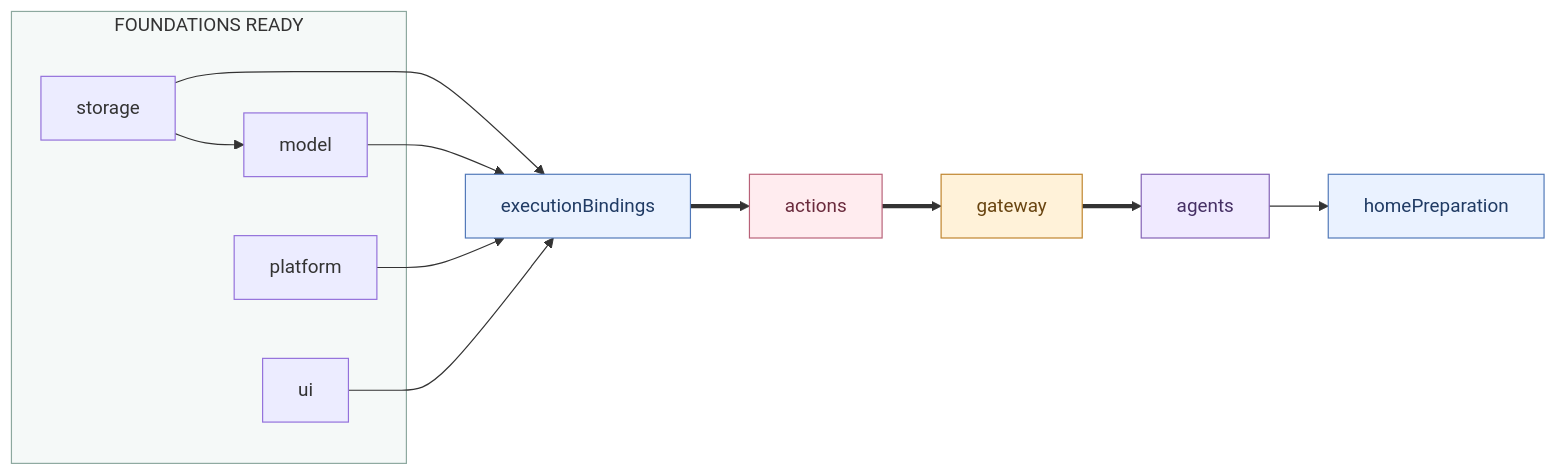
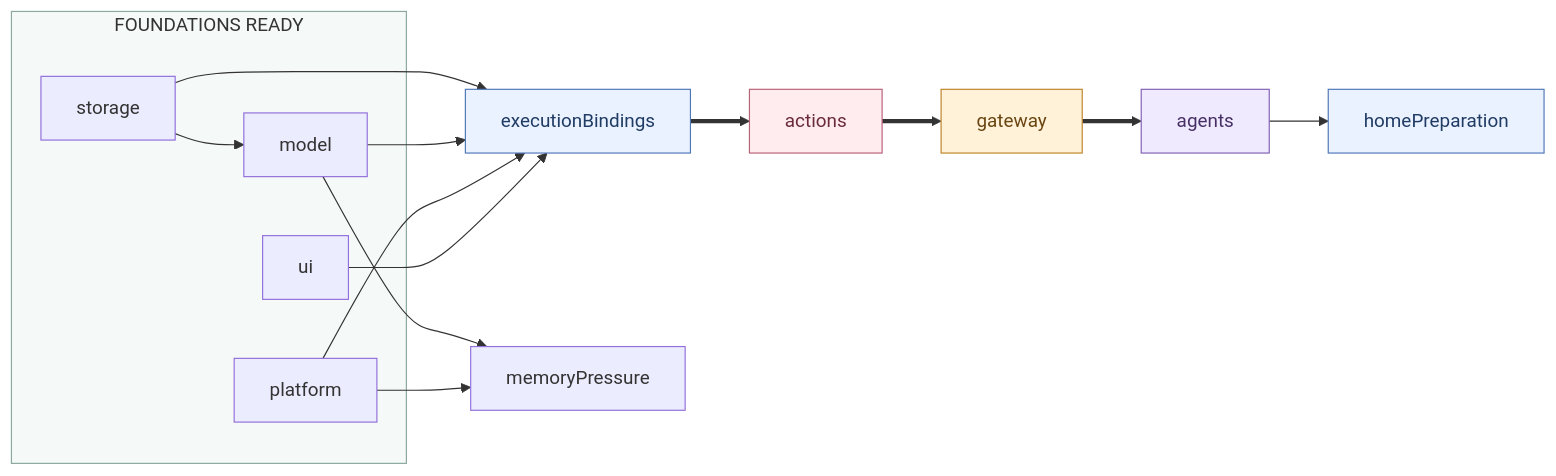
One commit to devilyouwei/MobileHarness changed the diagram in MobileHarness/App/Composition/README.md. Above: the diagram before and after it, drawn with Mermaid. The commit also changed other lines of this file and 246 other files, not shown here.

````diff
--- a/MobileHarness/App/Composition/README.md
+++ b/MobileHarness/App/Composition/README.md
@@ -23,22 +24,24 @@
 ```mermaid
 flowchart LR
     subgraph Foundation["FOUNDATIONS READY"]
         S["storage"] --> M["model"]
         P["platform"]
         U["ui"]
     end
     S --> B["executionBindings"]
     M --> B
     P --> B
     U --> B
     B ==> X["actions"] ==> G["gateway"] ==> A["agents"] --> H["homePreparation"]
+    M --> R["memoryPressure"]
+    P --> R
     classDef host fill:#eaf2ff,stroke:#5078b8,color:#203b64
     classDef action fill:#ffecef,stroke:#b86178,color:#6b2b3d
     classDef gateway fill:#fff2d9,stroke:#bf842c,color:#694511
     classDef agent fill:#f0eaff,stroke:#8261b5,color:#463065
     class B,H host
     class X action
     class G gateway
     class A agent
     style Foundation fill:#f5f9f8,stroke:#8ca89f
 ```
````
